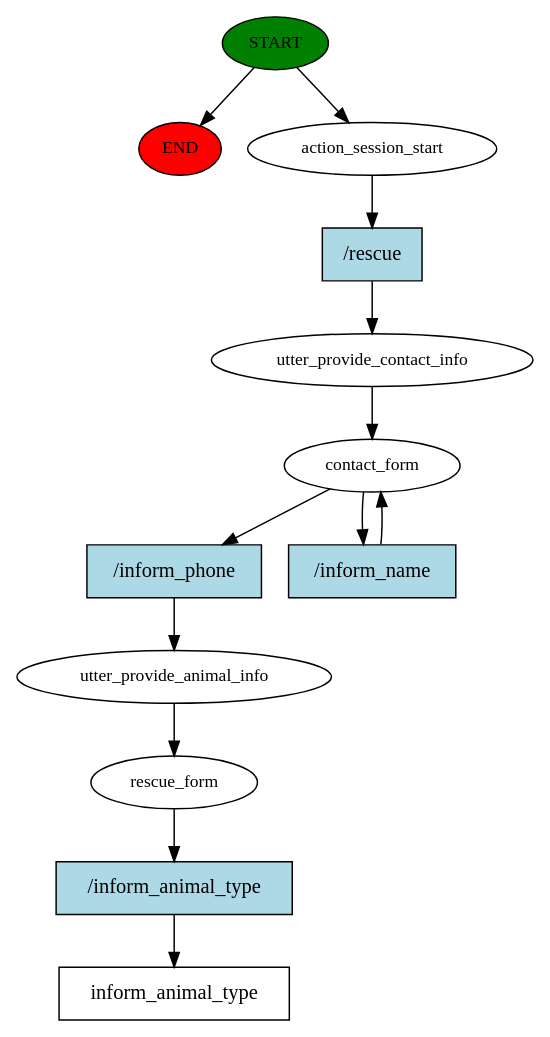
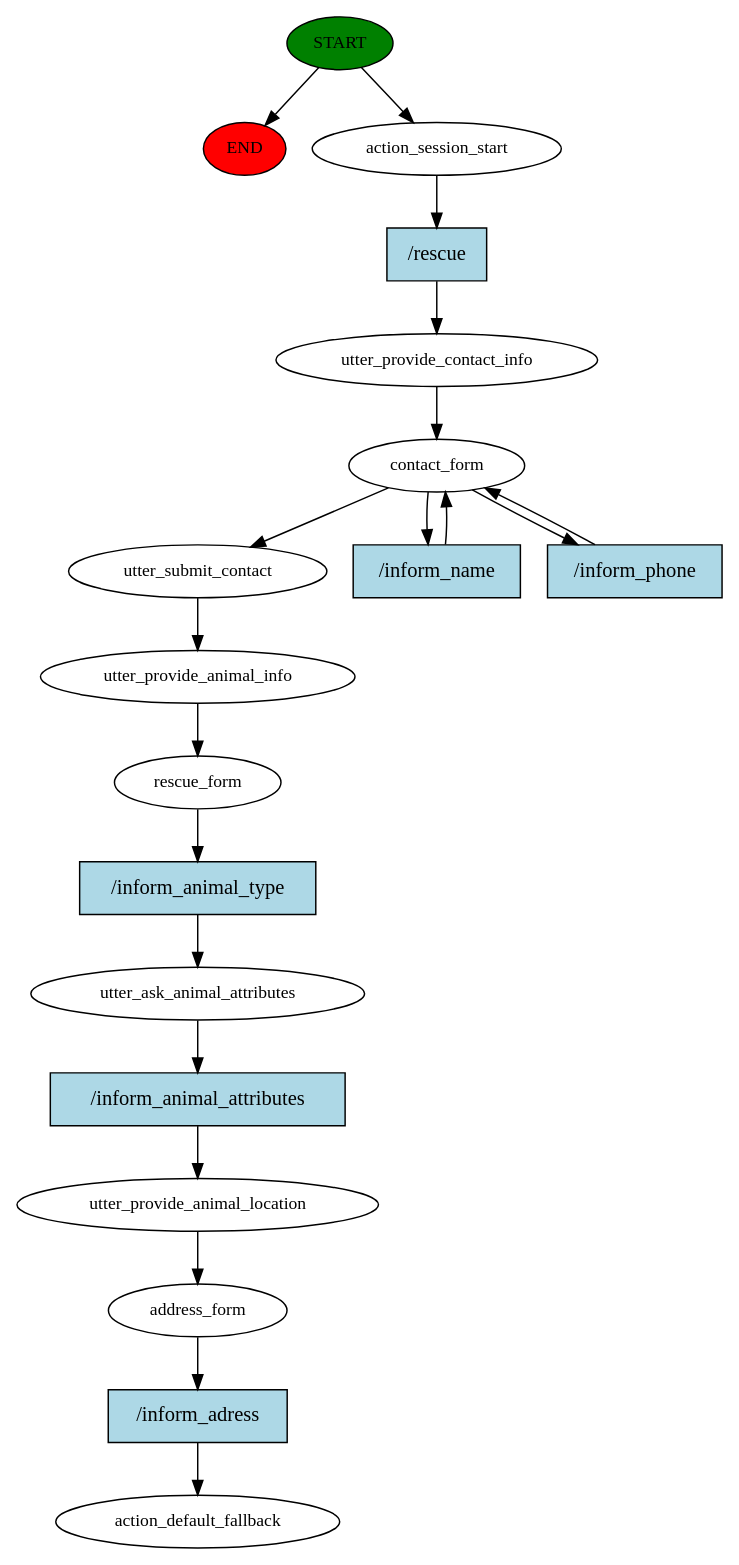
One commit to mercurioLino/av-daap changed the diagram in story_graph.dot. Above: the diagram before and after it, drawn with Graphviz. The commit also changed 5 other files, not shown here.

```diff
--- a/story_graph.dot
+++ b/story_graph.dot
@@ -1,26 +1,39 @@
 digraph  {
 0 [class="start active", fillcolor=green, fontsize=12, label=START, style=filled];
 "-1" [class=end, fillcolor=red, fontsize=12, label=END, style=filled];
 1 [class=active, fontsize=12, label=action_session_start];
 2 [class=active, fontsize=12, label=utter_provide_contact_info];
 3 [class=active, fontsize=12, label=contact_form];
-5 [class=active, fontsize=12, label=utter_provide_animal_info];
-6 [class=active, fontsize=12, label=rescue_form];
-7 [class="intent dashed active", label=inform_animal_type, shape=rect];
-8 [class="intent active", fillcolor=lightblue, label="/rescue", shape=rect, style=filled];
-9 [class="intent active", fillcolor=lightblue, label="/inform_phone", shape=rect, style=filled];
-10 [class="intent active", fillcolor=lightblue, label="/inform_name", shape=rect, style=filled];
-11 [class="intent active", fillcolor=lightblue, label="/inform_animal_type", shape=rect, style=filled];
+6 [class=active, fontsize=12, label=utter_submit_contact];
+7 [class=active, fontsize=12, label=utter_provide_animal_info];
+8 [class=active, fontsize=12, label=rescue_form];
+9 [class=active, fontsize=12, label=utter_ask_animal_attributes];
+10 [class=active, fontsize=12, label=utter_provide_animal_location];
+11 [class=active, fontsize=12, label=address_form];
+12 [class="dashed active", fontsize=12, label=action_default_fallback];
+13 [class="intent active", fillcolor=lightblue, label="/rescue", shape=rect, style=filled];
+14 [class="intent active", fillcolor=lightblue, label="/inform_name", shape=rect, style=filled];
+15 [class="intent active", fillcolor=lightblue, label="/inform_phone", shape=rect, style=filled];
+16 [class="intent active", fillcolor=lightblue, label="/inform_animal_type", shape=rect, style=filled];
+17 [class="intent active", fillcolor=lightblue, label="/inform_animal_attributes", shape=rect, style=filled];
+18 [class="intent active", fillcolor=lightblue, label="/inform_adress", shape=rect, style=filled];
 0 -> "-1"  [class="", key=NONE, label=""];
 0 -> 1  [class=active, key=NONE, label=""];
-1 -> 8  [class=active, key=0];
+1 -> 13  [class=active, key=0];
 2 -> 3  [class=active, key=NONE, label=""];
-3 -> 9  [class=active, key=0];
-3 -> 10  [class=active, key=0];
-5 -> 6  [class=active, key=NONE, label=""];
-6 -> 11  [class=active, key=0];
-8 -> 2  [class=active, key=0];
-9 -> 5  [class=active, key=0];
-10 -> 3  [class=active, key=0];
-11 -> 7  [class=active, key=0];
+3 -> 6  [class=active, key=NONE, label=""];
+3 -> 14  [class=active, key=0];
+3 -> 15  [class=active, key=0];
+6 -> 7  [class=active, key=NONE, label=""];
+7 -> 8  [class=active, key=NONE, label=""];
+8 -> 16  [class=active, key=0];
+9 -> 17  [class=active, key=0];
+10 -> 11  [class=active, key=NONE, label=""];
+11 -> 18  [class=active, key=0];
+13 -> 2  [class=active, key=0];
+14 -> 3  [class=active, key=0];
+15 -> 3  [class=active, key=0];
+16 -> 9  [class=active, key=0];
+17 -> 10  [class=active, key=0];
+18 -> 12  [class=active, key=0];
 }
```
